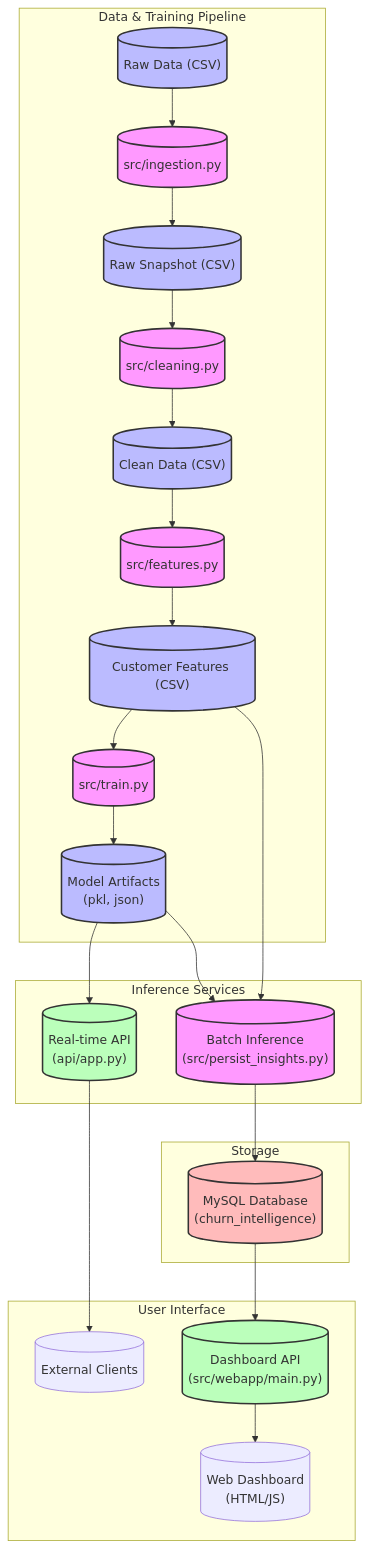
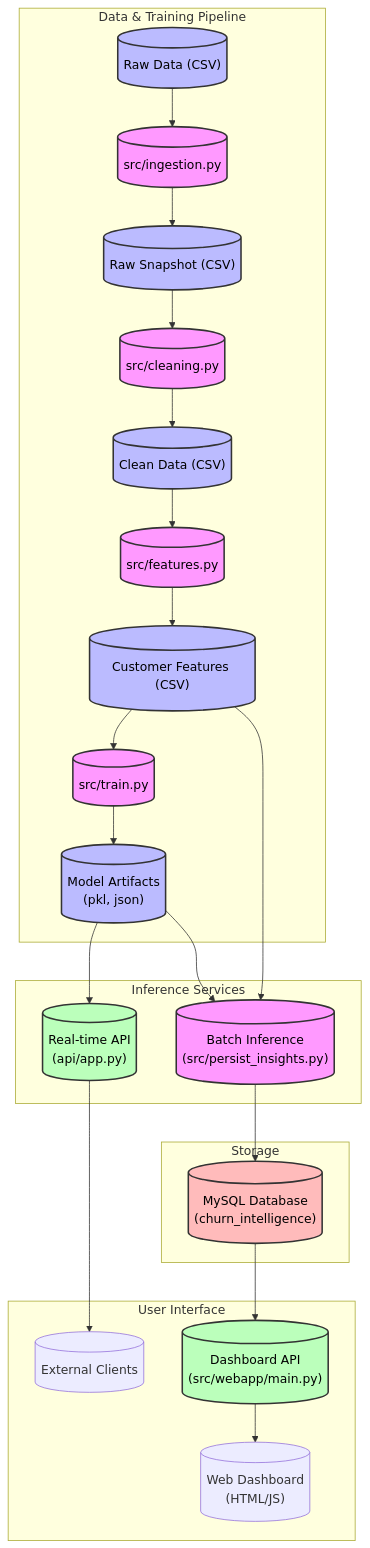
One commit to Umang0210/Automated_Customer_Churn_and_Revenue_Intelligence_System changed the diagram in README.md. Above: the diagram before and after it, drawn with Mermaid. The commit also changed 2 other files, not shown here.

````diff
--- a/README.md
+++ b/README.md
@@ -32,39 +32,39 @@
 ```mermaid
 graph TD
     subgraph Data_Pipeline [Data & Training Pipeline]
         RawData[("Raw Data (CSV)")] --> Ingestion[("src/ingestion.py")]
         Ingestion --> RawSnapshot[("Raw Snapshot (CSV)")]
         RawSnapshot --> Cleaning[("src/cleaning.py")]
         Cleaning --> CleanData[("Clean Data (CSV)")]
         CleanData --> Features[("src/features.py")]
         Features --> FeatureData[("Customer Features (CSV)")]
         FeatureData --> Training[("src/train.py")]
         Training --> ModelArtifacts[("Model Artifacts\n(pkl, json)")]
     end
 
     subgraph Serving [Inference Services]
         ModelArtifacts --> API[("Real-time API\n(api/app.py)")]
         ModelArtifacts --> BatchInference[("Batch Inference\n(src/persist_insights.py)")]
         FeatureData --> BatchInference
     end
 
     subgraph Storage [Storage]
         BatchInference --> MySQL[("MySQL Database\n(churn_intelligence)")]
     end
 
     subgraph User_Interface [User Interface]
         API --> ClientApp[("External Clients")]
         MySQL --> DashboardBackend[("Dashboard API\n(src/webapp/main.py)")]
         DashboardBackend --> DashboardFrontend[("Web Dashboard\n(HTML/JS)")]
     end
 
-    classDef script fill:#f9f,stroke:#333,stroke-width:2px;
-    classDef data fill:#bbf,stroke:#333,stroke-width:2px;
-    classDef service fill:#bfb,stroke:#333,stroke-width:2px;
-    classDef db fill:#fbb,stroke:#333,stroke-width:2px;
+    classDef script fill:#f9f,stroke:#333,stroke-width:2px,color:#000;
+    classDef data fill:#bbf,stroke:#333,stroke-width:2px,color:#000;
+    classDef service fill:#bfb,stroke:#333,stroke-width:2px,color:#000;
+    classDef db fill:#fbb,stroke:#333,stroke-width:2px,color:#000;
 
     class Ingestion,Cleaning,Features,Training,BatchInference script;
     class RawData,RawSnapshot,CleanData,FeatureData,ModelArtifacts data;
     class API,DashboardBackend service;
     class MySQL db;
 ```
````
